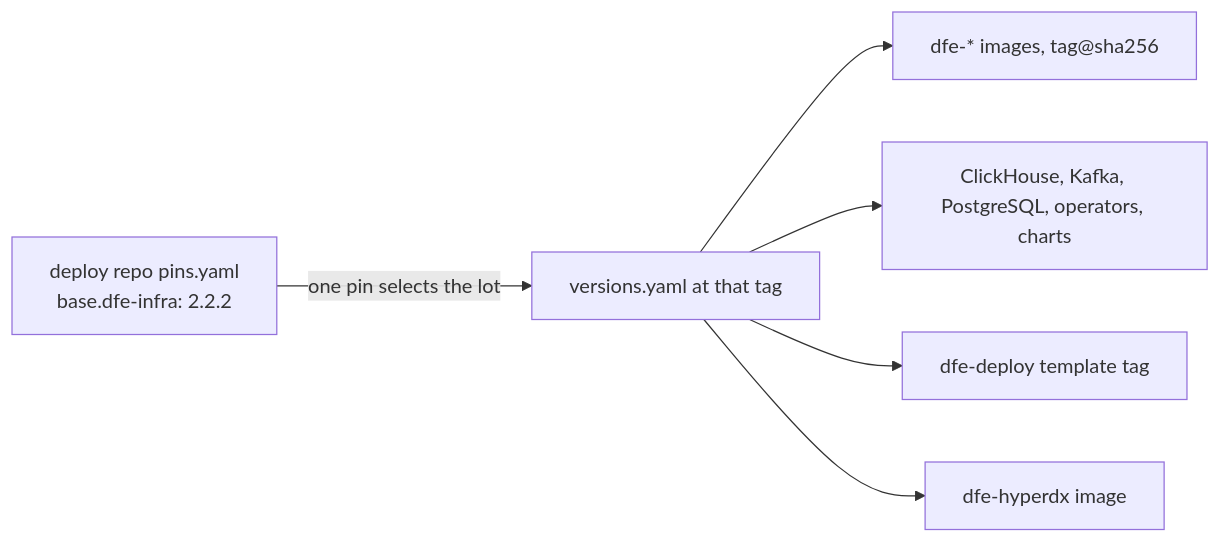
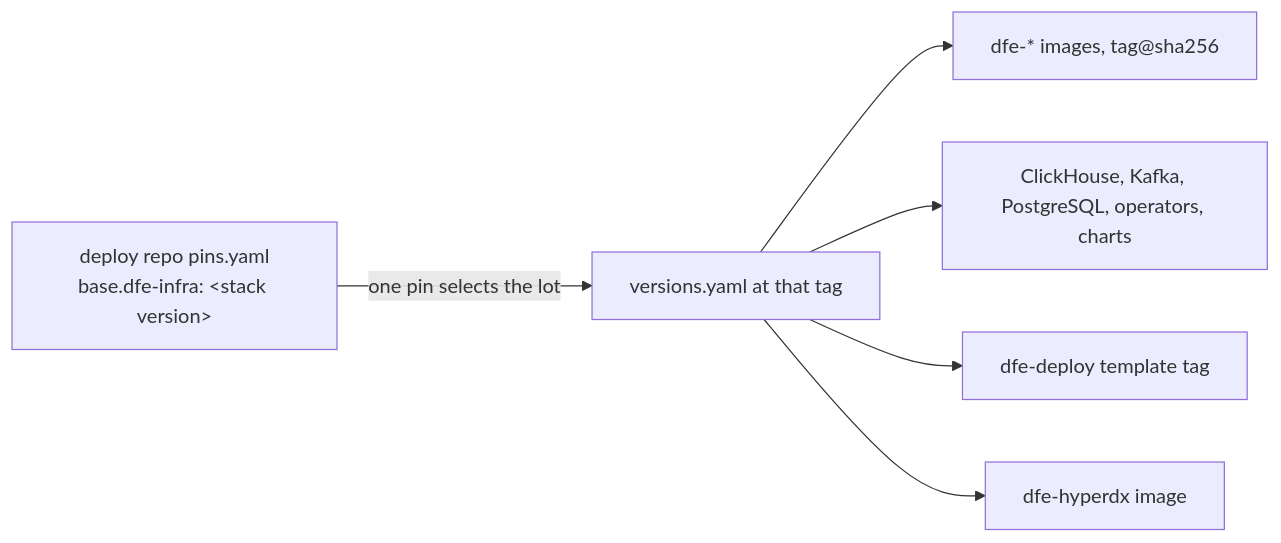
The diagram in docs/deployment/stack-versioning.md (hyperi-io/dfe-infra), drawn with Mermaid before and after one commit. The commit also changed other lines of this file and 15 other files, not shown here.

````diff
--- a/docs/deployment/stack-versioning.md
+++ b/docs/deployment/stack-versioning.md
@@ -11,8 +11,8 @@
 ```mermaid
 flowchart LR
-    PINS["deploy repo pins.yaml<br/>base.dfe-infra: 2.2.2"] -->|"one pin selects the lot"| MANIFEST["versions.yaml at that tag"]
+    PINS["deploy repo pins.yaml<br/>base.dfe-infra: #lt;stack version#gt;"] -->|"one pin selects the lot"| MANIFEST["versions.yaml at that tag"]
     MANIFEST --> APPS["dfe-* images, tag@sha256"]
     MANIFEST --> DATA["ClickHouse, Kafka, PostgreSQL, operators, charts"]
     MANIFEST --> TPL["dfe-deploy template tag"]
     MANIFEST --> HDX["dfe-hyperdx image"]
 ```
````
